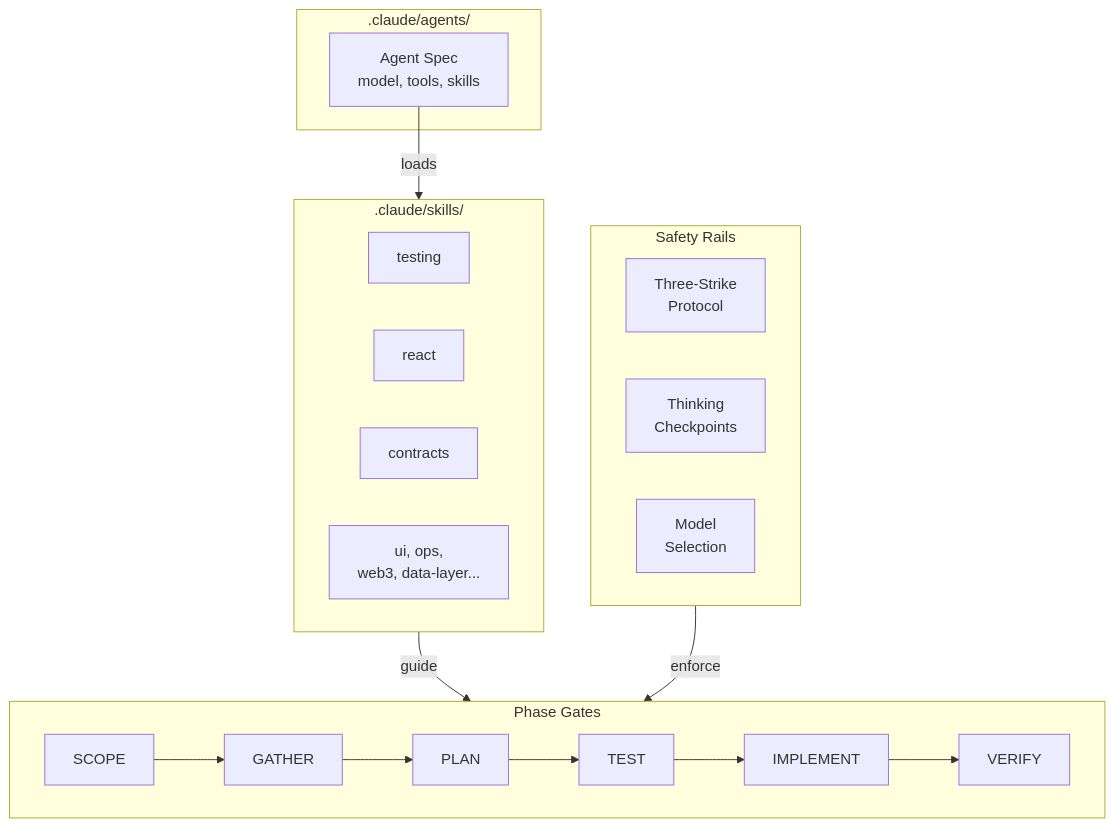
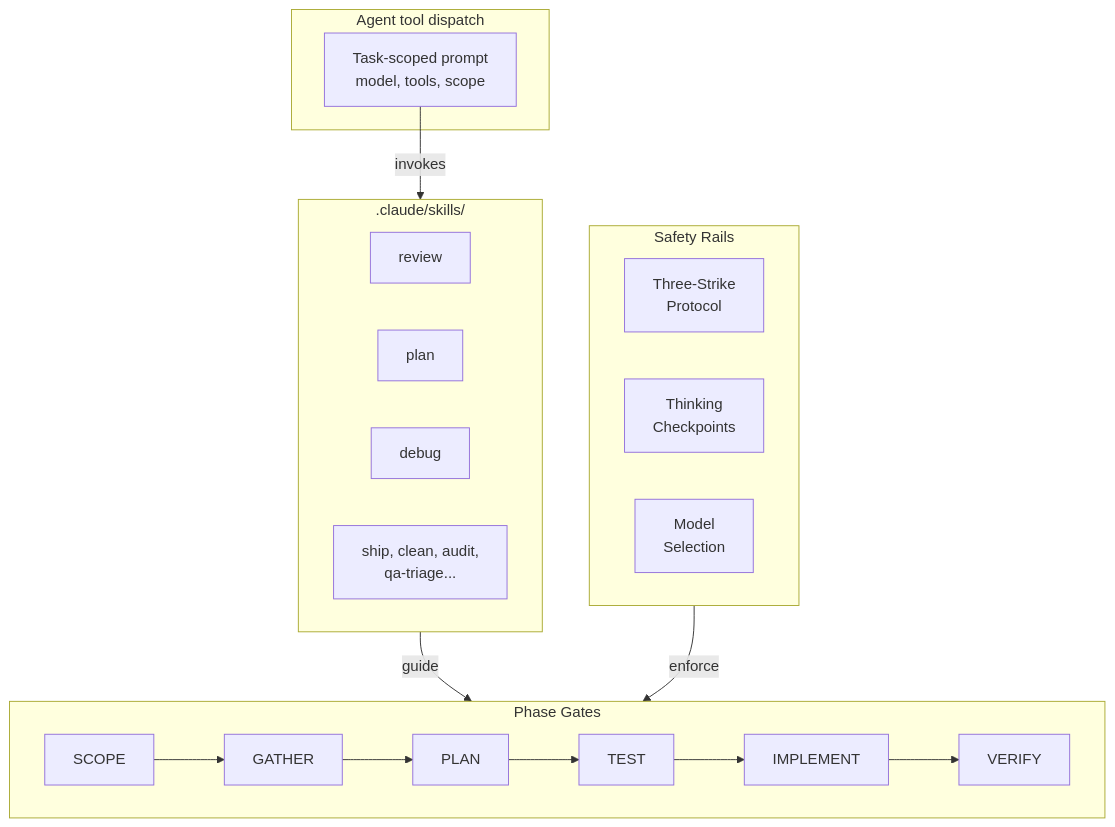
Before and after one commit to greenpill-dev-guild/green-goods: the diagram in docs/docs/builders/agentic/prompt-engineering.mdx, drawn with Mermaid. The commit also changed other lines of this file and 102 other files, not shown here.

````diff
--- a/docs/docs/builders/agentic/prompt-engineering.mdx
+++ b/docs/docs/builders/agentic/prompt-engineering.mdx
@@ -21,29 +19,29 @@
 ```mermaid
 graph TB
-    subgraph Agents[".claude/agents/"]
-        Spec["Agent Spec\nmodel, tools, skills"]
+    subgraph Dispatch["Agent tool dispatch"]
+        Spec["Task-scoped prompt\nmodel, tools, scope"]
     end
 
     subgraph Skills[".claude/skills/"]
-        S1["testing"]
-        S2["react"]
-        S3["contracts"]
-        S4["ui, ops,\nweb3, data-layer..."]
+        S1["review"]
+        S2["plan"]
+        S3["debug"]
+        S4["ship, clean, audit,\nqa-triage..."]
     end
 
-    Spec -->|loads| Skills
+    Spec -->|invokes| Skills
 
     subgraph Workflow["Phase Gates"]
         SCOPE["SCOPE"] --> GATHER["GATHER"] --> PLAN["PLAN"] --> TEST["TEST"] --> IMPLEMENT["IMPLEMENT"] --> VERIFY["VERIFY"]
     end
 
     Skills -->|guide| Workflow
 
     subgraph Guards["Safety Rails"]
         TS["Three-Strike\nProtocol"]
         TC["Thinking\nCheckpoints"]
         MC["Model\nSelection"]
     end
 
     Guards -->|enforce| Workflow
 ```
````
